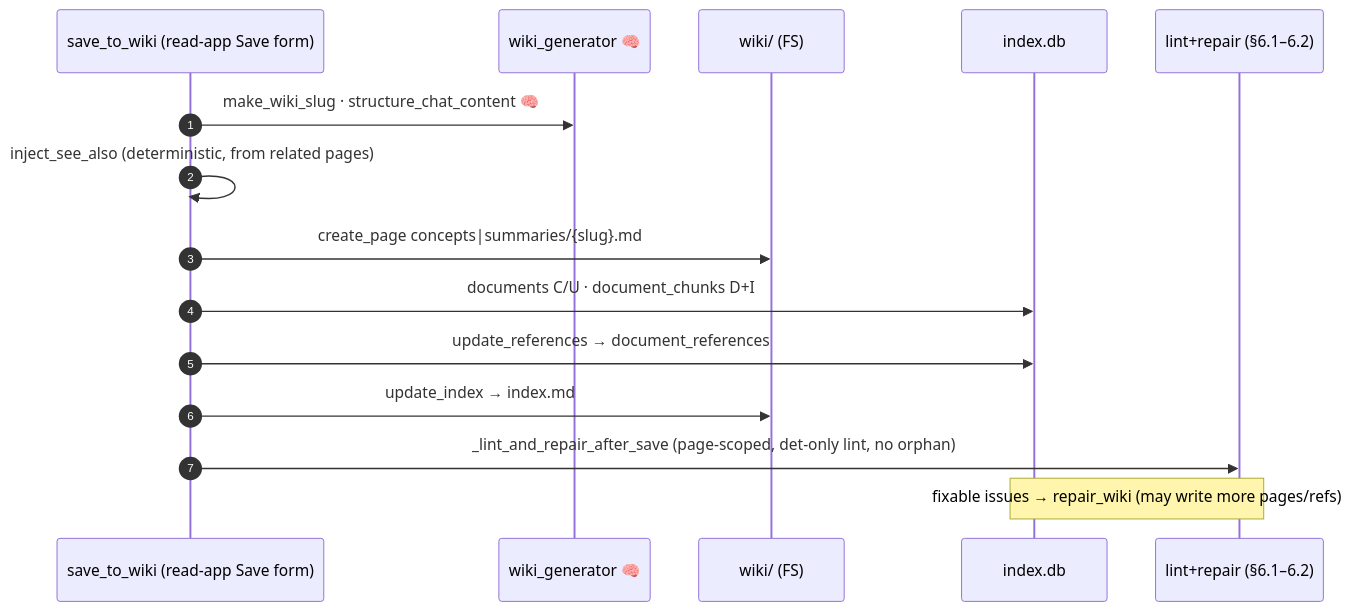
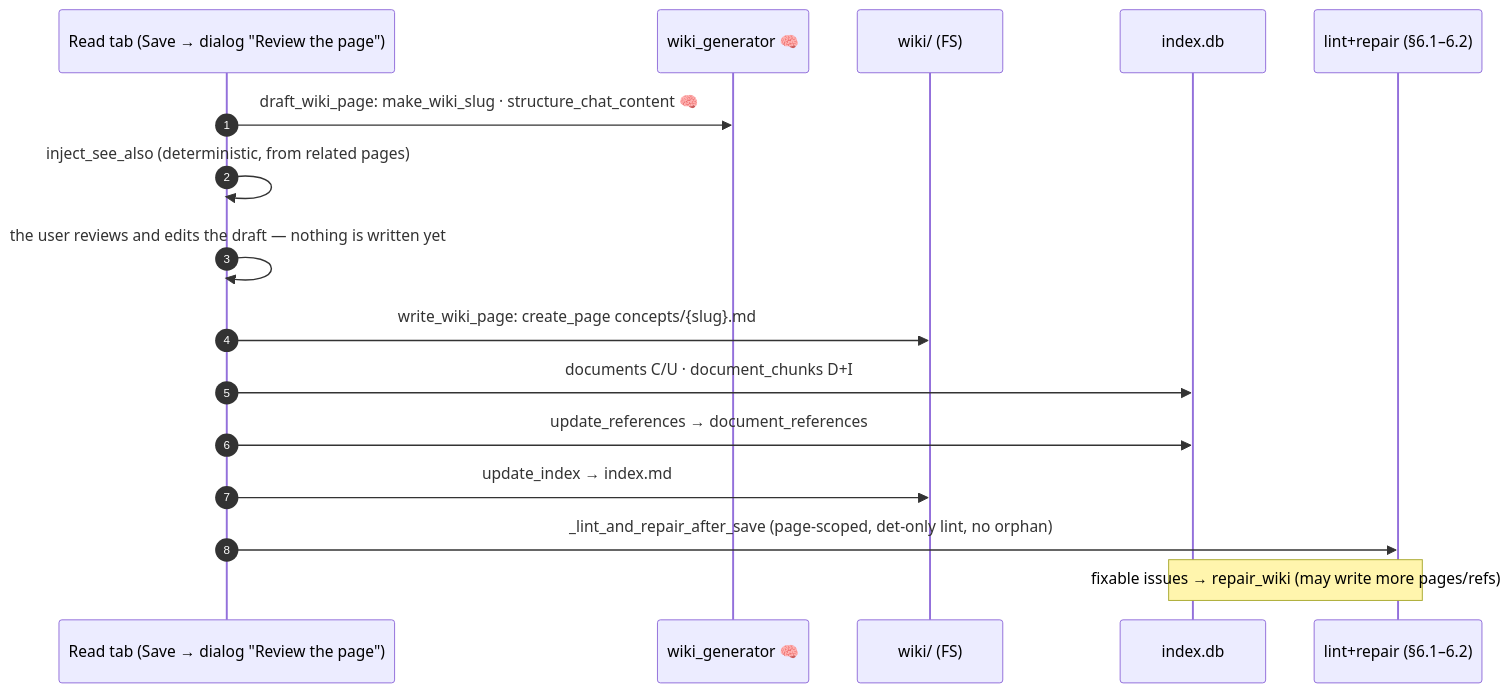
Before and after one commit to Clod/llmwiki-marimo: the diagram in docs/manual/workflows/6.8-chat-to-wiki.md, drawn with Mermaid. The commit also changed other lines of this file and 181 other files, not shown here.

````diff
--- a/docs/manual/workflows/6.8-chat-to-wiki.md
+++ b/docs/manual/workflows/6.8-chat-to-wiki.md
@@ -12,17 +14,18 @@
 ```mermaid
 sequenceDiagram
     autonumber
-    participant U as save_to_wiki (read-app Save form)
+    participant U as Read tab (Save → dialog "Review the page")
     participant GEN as wiki_generator 🧠
     participant FS as wiki/ (FS)
     participant DB as index.db
     participant LR as lint+repair (§6.1–6.2)
-    U->>GEN: make_wiki_slug · structure_chat_content 🧠
+    U->>GEN: draft_wiki_page: make_wiki_slug · structure_chat_content 🧠
     U->>U: inject_see_also (deterministic, from related pages)
-    U->>FS: create_page concepts|summaries/{slug}.md
+    U->>U: the user reviews and edits the draft — nothing is written yet
+    U->>FS: write_wiki_page: create_page concepts/{slug}.md
     U->>DB: documents C/U · document_chunks D+I
     U->>DB: update_references → document_references
     U->>FS: update_index → index.md
     U->>LR: _lint_and_repair_after_save (page-scoped, det-only lint, no orphan)
     Note over LR,DB: fixable issues → repair_wiki (may write more pages/refs)
 ```
````
